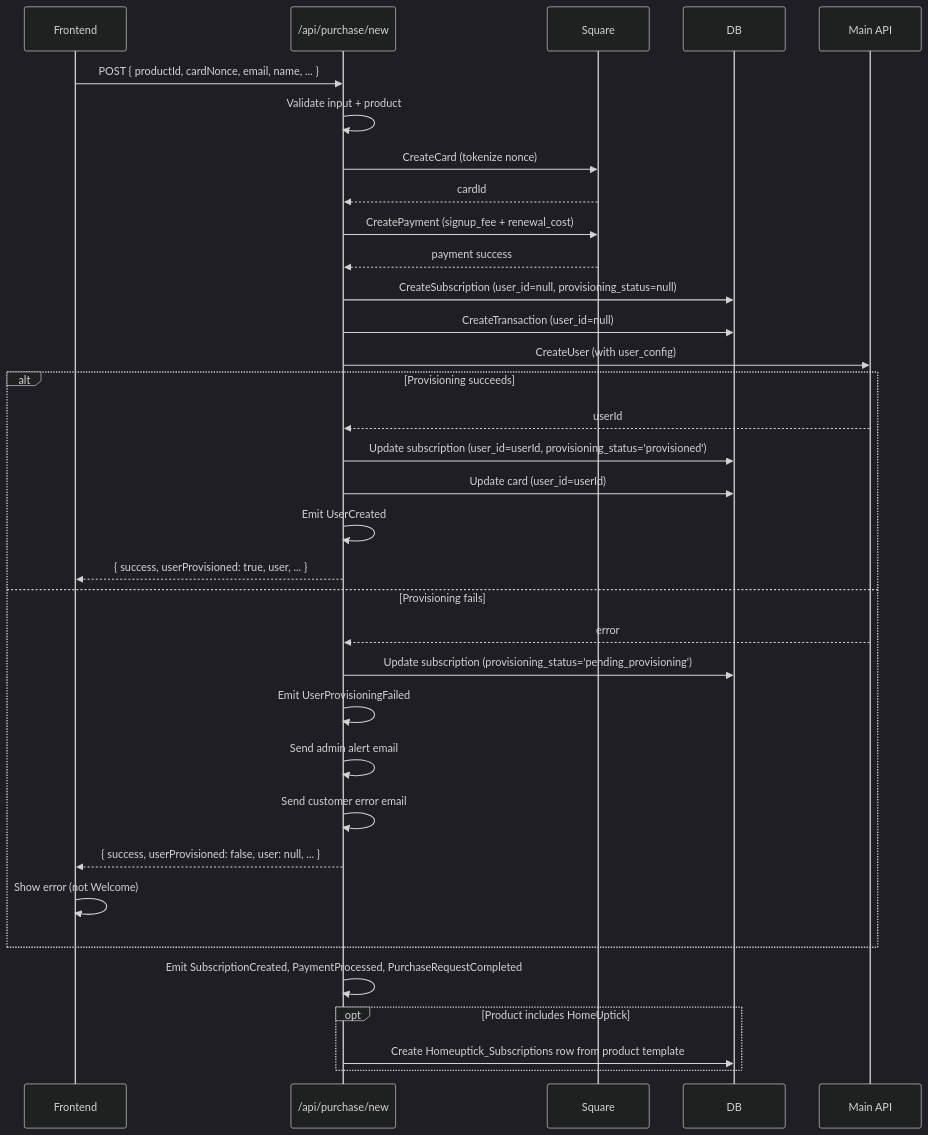
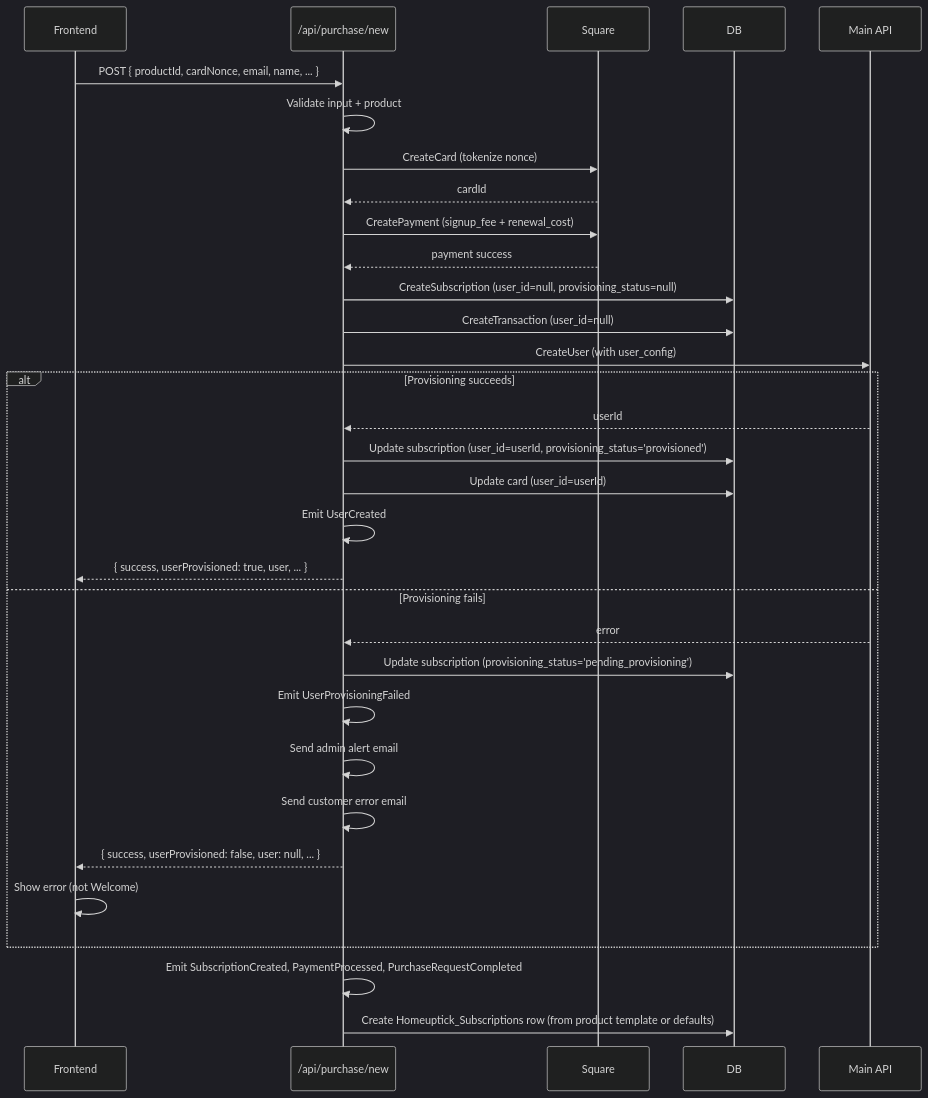
Before and after one commit to DBMGrow/cashoffers-billing: the first of 3 diagrams in docs/system/data-flows/purchase-flow.md, drawn with Mermaid (dark theme). The commit also changed other lines of this file and 19 other files, not shown here.

````diff
--- a/docs/system/data-flows/purchase-flow.md
+++ b/docs/system/data-flows/purchase-flow.md
@@ -9,37 +9,35 @@
 ```mermaid
 sequenceDiagram
   participant FE as Frontend
   participant API as /api/purchase/new
   participant Square
   participant DB
   participant MainAPI as Main API
 
   FE->>API: POST { productId, cardNonce, email, name, ... }
   API->>API: Validate input + product
   API->>Square: CreateCard (tokenize nonce)
   Square-->>API: cardId
   API->>Square: CreatePayment (signup_fee + renewal_cost)
   Square-->>API: payment success
   API->>DB: CreateSubscription (user_id=null, provisioning_status=null)
   API->>DB: CreateTransaction (user_id=null)
   API->>MainAPI: CreateUser (with user_config)
   alt Provisioning succeeds
     MainAPI-->>API: userId
     API->>DB: Update subscription (user_id=userId, provisioning_status='provisioned')
     API->>DB: Update card (user_id=userId)
     API->>API: Emit UserCreated
     API-->>FE: { success, userProvisioned: true, user, ... }
   else Provisioning fails
     MainAPI-->>API: error
     API->>DB: Update subscription (provisioning_status='pending_provisioning')
     API->>API: Emit UserProvisioningFailed
     API->>API: Send admin alert email
     API->>API: Send customer error email
     API-->>FE: { success, userProvisioned: false, user: null, ... }
     FE->>FE: Show error (not Welcome)
   end
   API->>API: Emit SubscriptionCreated, PaymentProcessed, PurchaseRequestCompleted
-  opt Product includes HomeUptick
-    API->>DB: Create Homeuptick_Subscriptions row from product template
-  end
+  API->>DB: Create Homeuptick_Subscriptions row (from product template or defaults)
 ```
````
